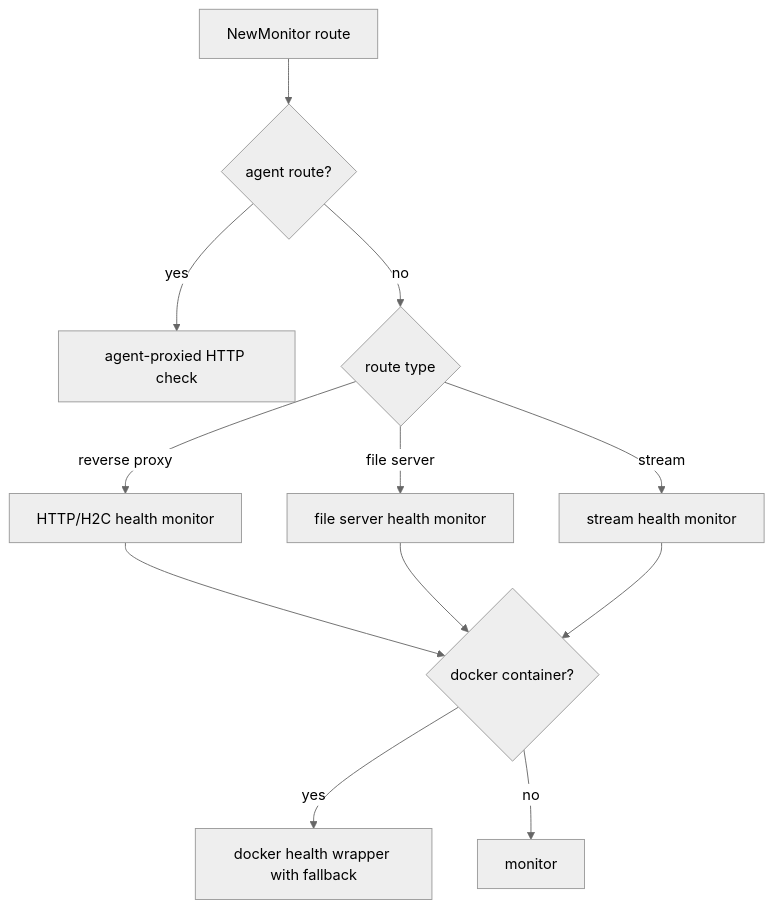
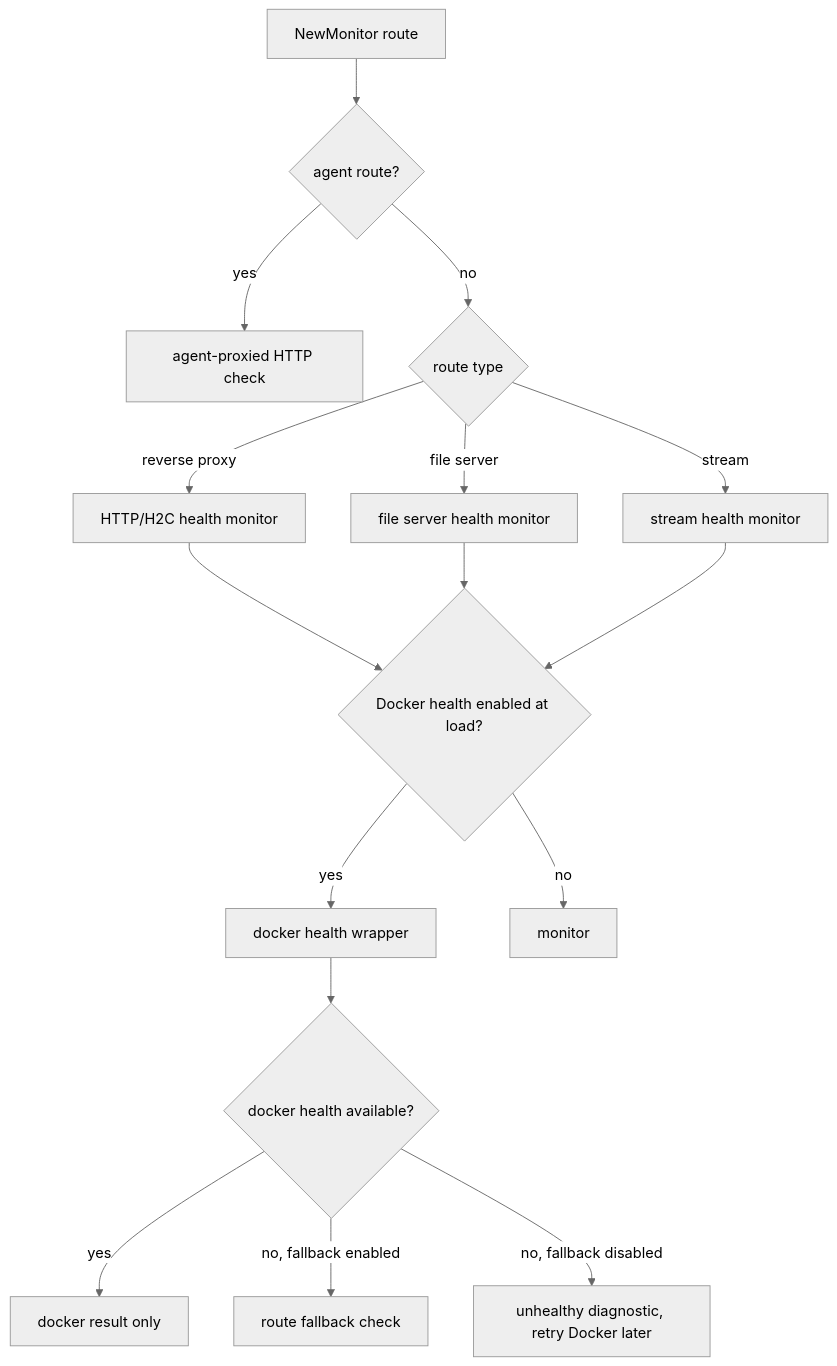
One commit to yusing/godoxy-wiki changed the diagram in content/docs/impl/internal-health-monitor.mdx. Above: the diagram before and after it, drawn with Mermaid (neutral theme). The commit also changed other lines of this file and 4 other files, not shown here.

First line of the commit message:
docs(godoxy): clarify Docker health monitoring behavior

````diff
--- a/content/docs/impl/internal-health-monitor.mdx
+++ b/content/docs/impl/internal-health-monitor.mdx
@@ -55,14 +64,18 @@
 ```mermaid
 flowchart TD
     A[NewMonitor route] --> B{agent route?}
     B -->|yes| C[agent-proxied HTTP check]
     B -->|no| D{route type}
     D -->|reverse proxy| E[HTTP/H2C health monitor]
     D -->|file server| F[file server health monitor]
     D -->|stream| G[stream health monitor]
-    E --> H{docker container?}
+    E --> H{Docker health enabled at load?}
     F --> H
     G --> H
-    H -->|yes| I[docker health wrapper with fallback]
+    H -->|yes| I[docker health wrapper]
     H -->|no| J[monitor]
+    I --> K{docker health available?}
+    K -->|yes| L[docker result only]
+    K -->|no, fallback enabled| M[route fallback check]
+    K -->|no, fallback disabled| N[unhealthy diagnostic, retry Docker later]
 ```
````
